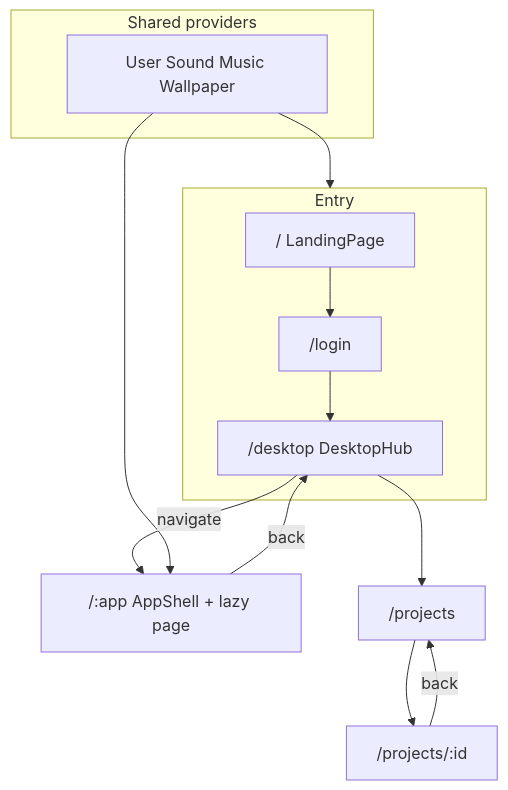
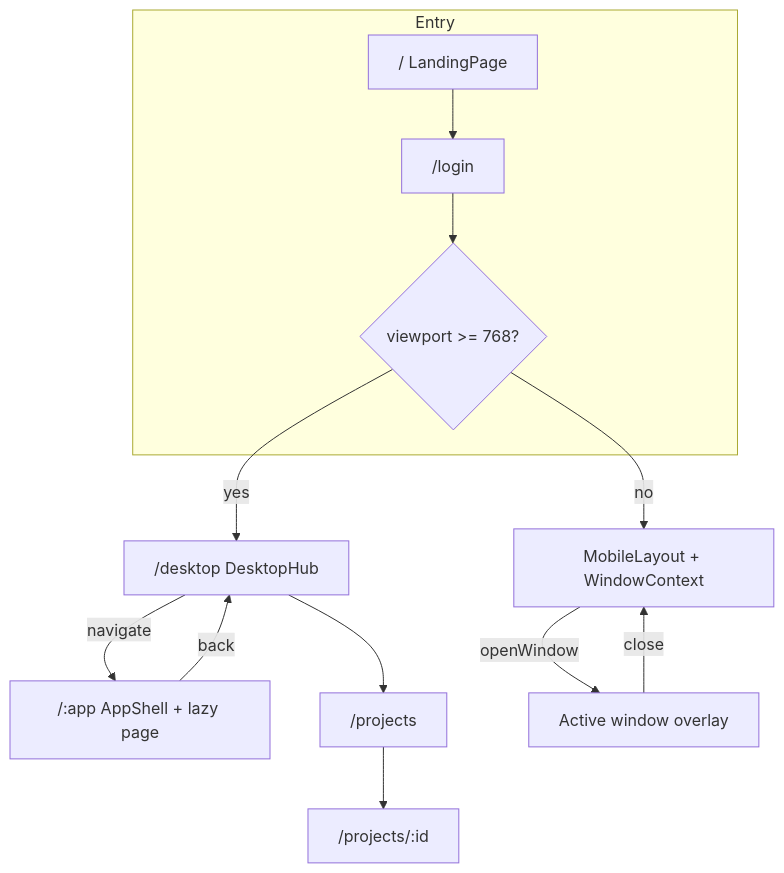
One commit to shourya0523/Personal-Website changed the diagram in docs/plans/2026-07-30-001-refactor-fullscreen-apps-redesign-plan.md. Above: the diagram before and after it, drawn with Mermaid. The commit also changed other lines of this file, not shown here.

First line of the commit message:
docs: keep mobile windows in fullscreen redesign plan

````diff
--- a/docs/plans/2026-07-30-001-refactor-fullscreen-apps-redesign-plan.md
+++ b/docs/plans/2026-07-30-001-refactor-fullscreen-apps-redesign-plan.md
@@ -160,20 +178,18 @@
 ```mermaid
 flowchart TB
   subgraph entry [Entry]
     L["/ LandingPage"] --> Login["/login"]
-    Login --> Hub["/desktop DesktopHub"]
+    Login --> Shell{"viewport >= 768?"}
   end
 
-  subgraph shell [Shared providers]
-    P[User Sound Music Wallpaper]
-  end
+  Shell -->|yes| Hub["/desktop DesktopHub"]
+  Shell -->|no| Mobile["MobileLayout + WindowContext"]
 
   Hub -->|navigate| AppRoute["/:app AppShell + lazy page"]
   AppRoute -->|back| Hub
   Hub --> Projects["/projects"]
   Projects --> Detail["/projects/:id"]
-  Detail -->|back| Projects
 
-  P --> entry
-  P --> AppRoute
+  Mobile -->|openWindow| MobWin["Active window overlay"]
+  MobWin -->|close| Mobile
 ```
````
